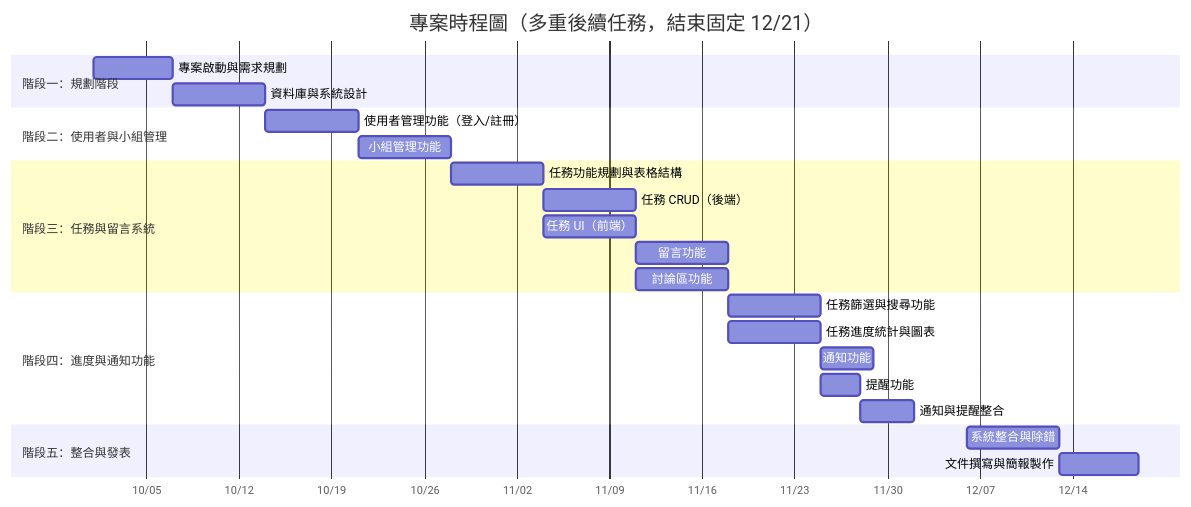
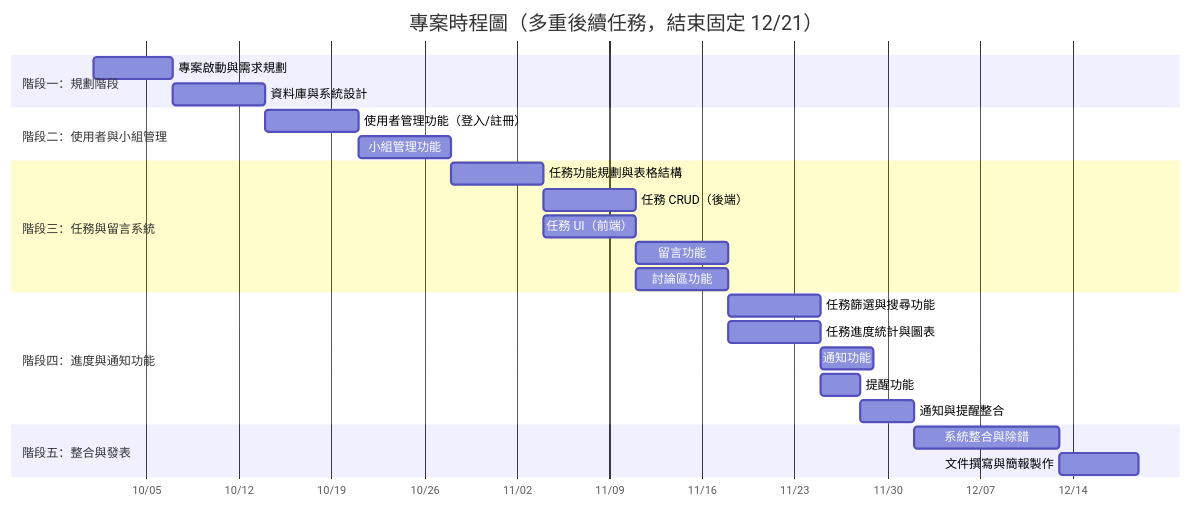
Before and after one commit to zhuang147/Task-Management: the diagram in 草稿.md, drawn with Mermaid. The commit also changed other lines of this file, not shown here.

````diff
--- a/草稿.md
+++ b/草稿.md
@@ -30,33 +30,33 @@
 ```mermaid
 gantt
     title 專案時程圖（多重後續任務，結束固定 12/21）
     dateFormat MM-DD
     axisFormat %m/%d
 
     section 階段一：規劃階段
     專案啟動與需求規劃           :a1, 10-01, 6d
     資料庫與系統設計             :a2, 10-07, 7d
 
     section 階段二：使用者與小組管理
     使用者管理功能（登入/註冊）    :b1, 10-14, 7d
     小組管理功能                 :b2, 10-21, 7d
 
     section 階段三：任務與留言系統
     任務功能規劃與表格結構          :c1, 10-28, 7d
     任務 CRUD（後端）            :c2a, 11-04, 7d
     任務 UI（前端）               :c2b, 11-04, 7d
     留言功能                     :c3a, 11-11, 7d
     討論區功能                   :c3b, 11-11, 7d
 
     section 階段四：進度與通知功能
     任務篩選與搜尋功能             :d1, 11-18, 7d
     任務進度統計與圖表             :d2, 11-18, 7d
     通知功能                     :d3a, 11-25, 4d
     提醒功能                     :d3b, 11-25, 3d
     通知與提醒整合                :d3c, 11-28, 4d
 
     section 階段五：整合與發表
-    系統整合與除錯                :e1, 12-06, 7d
+    系統整合與除錯                :e1, 12-02, 11d
     文件撰寫與簡報製作             :e2, 12-13, 6d
 
 ```
````
